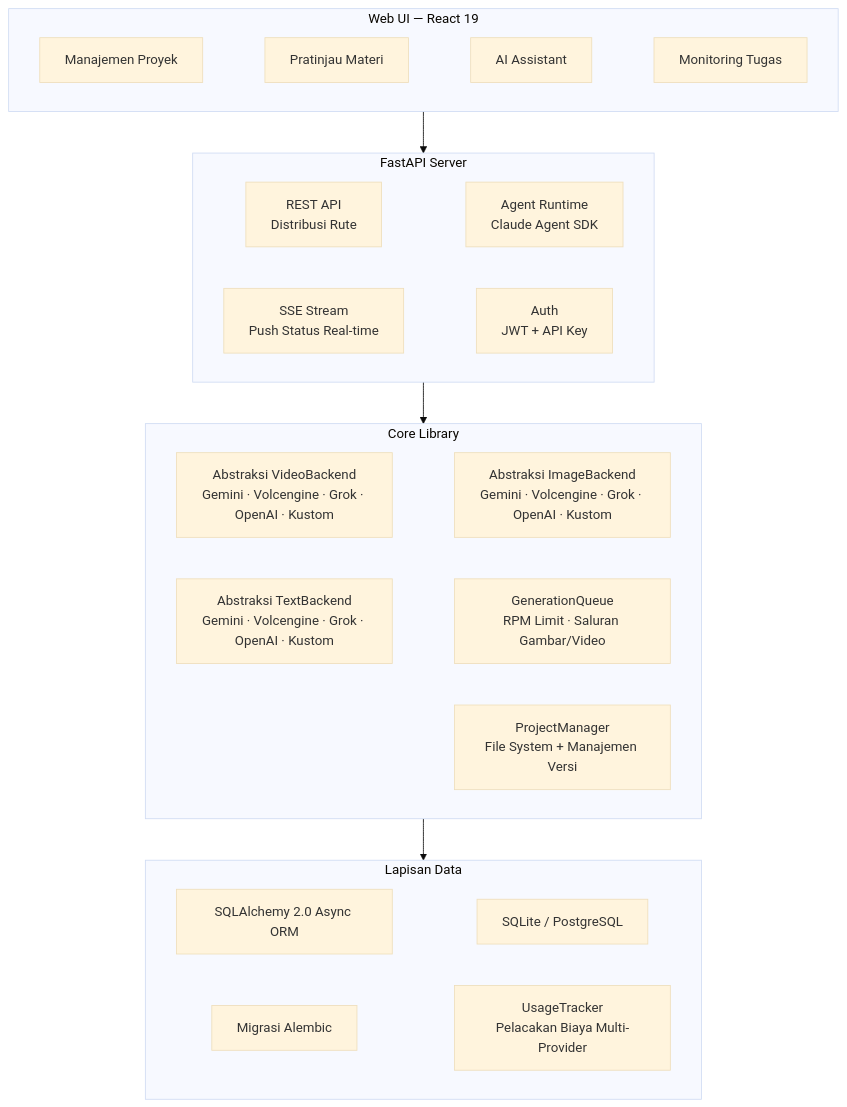
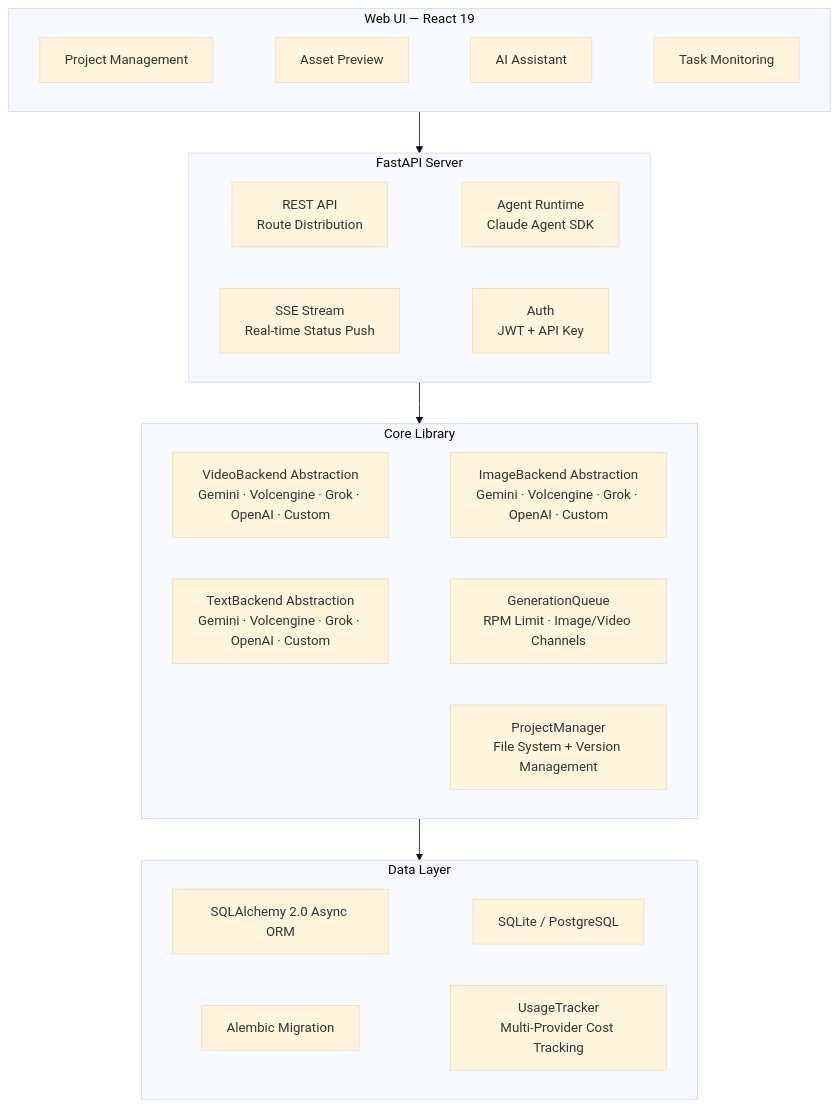
One commit to zedfar/ArcReel changed the third of 3 diagrams in README.md. Above: the diagram before and after it, drawn with Mermaid (base theme). The commit also changed other lines of this file and 191 other files, not shown here.

````diff
--- a/README.md
+++ b/README.md
@@ -213,24 +212,24 @@
 ```mermaid
 flowchart TB
     subgraph UI["Web UI — React 19"]
-        U1["Manajemen Proyek"] ~~~ U2["Pratinjau Materi"] ~~~ U3["AI Assistant"] ~~~ U4["Monitoring Tugas"]
+        U1["Project Management"] ~~~ U2["Asset Preview"] ~~~ U3["AI Assistant"] ~~~ U4["Task Monitoring"]
     end
 
     subgraph Server["FastAPI Server"]
-        S1["REST API<br/>Distribusi Rute"] ~~~ S2["Agent Runtime<br/>Claude Agent SDK"]
-        S3["SSE Stream<br/>Push Status Real-time"] ~~~ S4["Auth<br/>JWT + API Key"]
+        S1["REST API<br/>Route Distribution"] ~~~ S2["Agent Runtime<br/>Claude Agent SDK"]
+        S3["SSE Stream<br/>Real-time Status Push"] ~~~ S4["Auth<br/>JWT + API Key"]
     end
 
     subgraph Core["Core Library"]
-        C1["Abstraksi VideoBackend<br/>Gemini · Volcengine · Grok · OpenAI · Kustom"] ~~~ C2["Abstraksi ImageBackend<br/>Gemini · Volcengine · Grok · OpenAI · Kustom"]
-        C5["Abstraksi TextBackend<br/>Gemini · Volcengine · Grok · OpenAI · Kustom"] ~~~ C3["GenerationQueue<br/>RPM Limit · Saluran Gambar/Video"]
-        C4["ProjectManager<br/>File System + Manajemen Versi"]
+        C1["VideoBackend Abstraction<br/>Gemini · Volcengine · Grok · OpenAI · Custom"] ~~~ C2["ImageBackend Abstraction<br/>Gemini · Volcengine · Grok · OpenAI · Custom"]
+        C5["TextBackend Abstraction<br/>Gemini · Volcengine · Grok · OpenAI · Custom"] ~~~ C3["GenerationQueue<br/>RPM Limit · Image/Video Channels"]
+        C4["ProjectManager<br/>File System + Version Management"]
     end
 
-    subgraph Data["Lapisan Data"]
+    subgraph Data["Data Layer"]
         D1["SQLAlchemy 2.0 Async ORM"] ~~~ D2["SQLite / PostgreSQL"]
-        D3["Migrasi Alembic"] ~~~ D4["UsageTracker<br/>Pelacakan Biaya Multi-Provider"]
+        D3["Alembic Migration"] ~~~ D4["UsageTracker<br/>Multi-Provider Cost Tracking"]
     end
 
     UI --> Server --> Core --> Data
 ```
````
